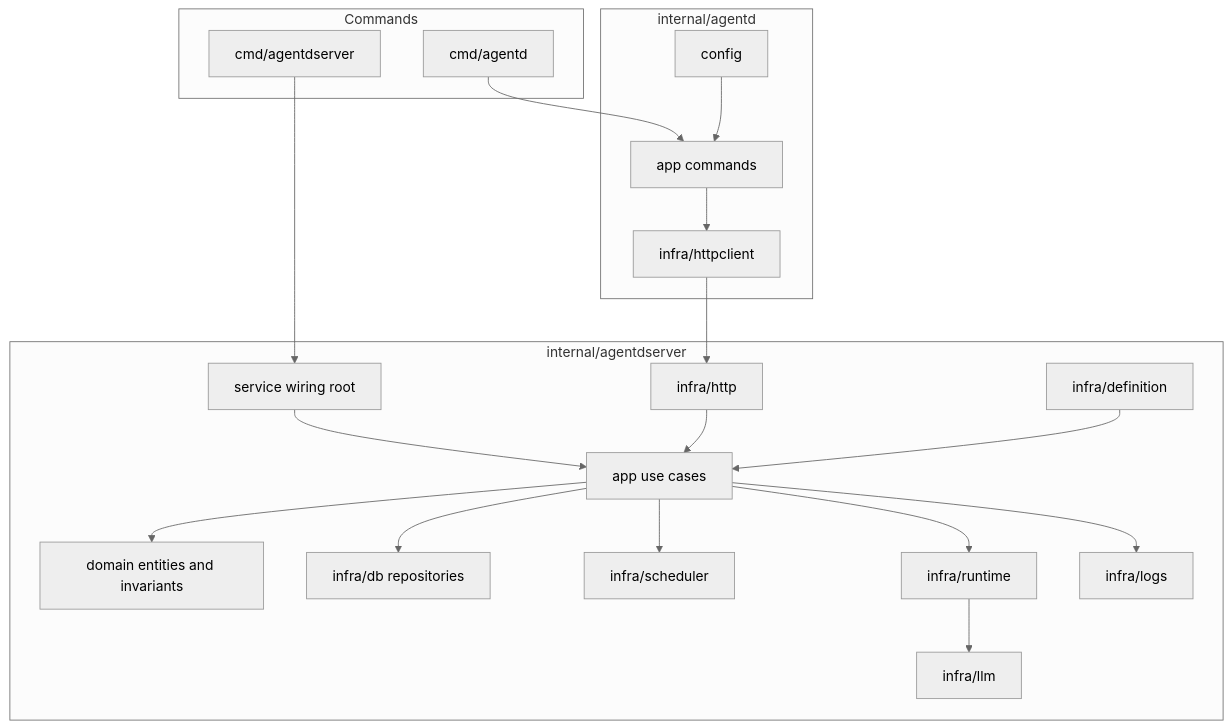
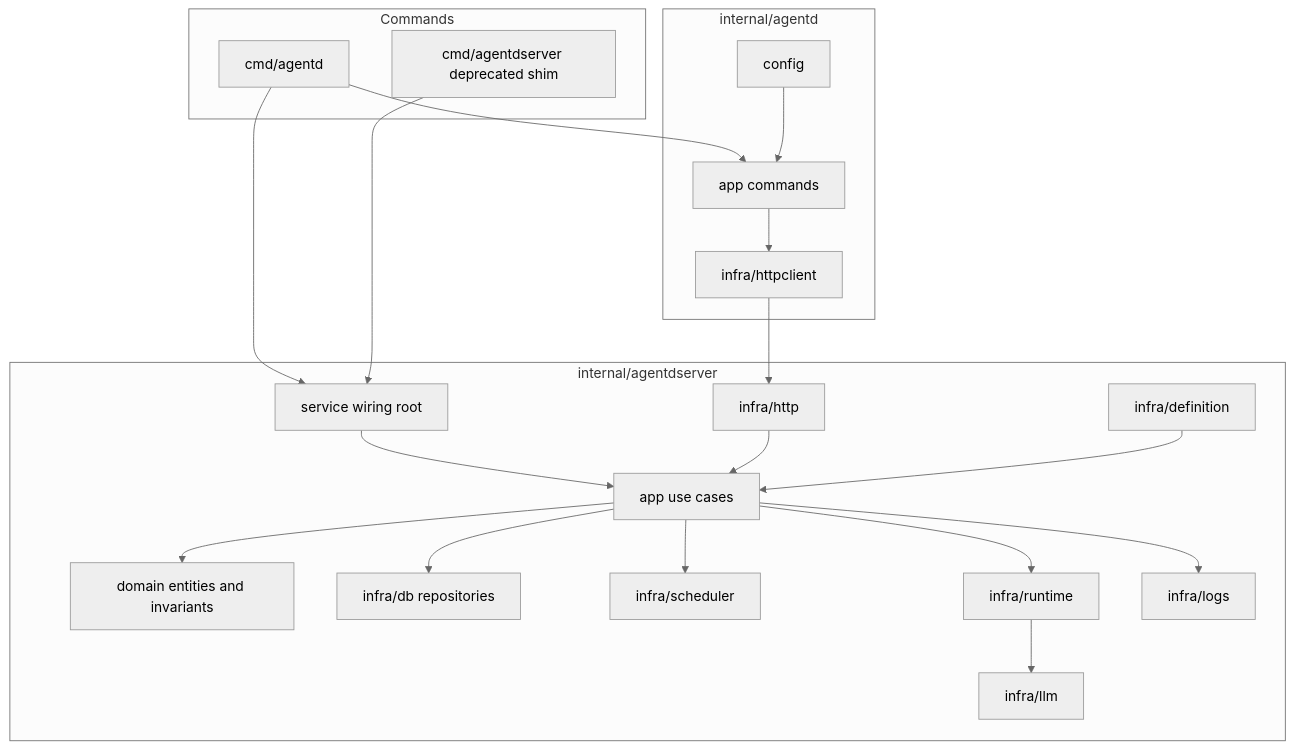
The second of 3 diagrams in README.md (vitalii-honchar/agentd), drawn with Mermaid (neutral theme) before and after one commit. The commit also changed other lines of this file and 133 other files, not shown here.

````diff
--- a/README.md
+++ b/README.md
@@ -166,42 +166,43 @@
 ```mermaid
 flowchart TB
     subgraph Commands
         agentdCmd[cmd/agentd]
-        serverCmd[cmd/agentdserver]
+        serverCmd[cmd/agentdserver deprecated shim]
     end
 
     subgraph CLI[internal/agentd]
         cliApp[app commands]
         httpClient[infra/httpclient]
         cliConfig[config]
     end
 
     subgraph Daemon[internal/agentdserver]
         service[service wiring root]
         domain[domain entities and invariants]
         usecases[app use cases]
         http[infra/http]
         definition[infra/definition]
         db[infra/db repositories]
         schedulerInfra[infra/scheduler]
         runtimeInfra[infra/runtime]
         logsInfra[infra/logs]
         llmInfra[infra/llm]
     end
 
     agentdCmd --> cliApp
     cliApp --> httpClient
     cliConfig --> cliApp
     httpClient --> http
 
+    agentdCmd --> service
     serverCmd --> service
     service --> usecases
     usecases --> domain
     usecases --> db
     usecases --> schedulerInfra
     usecases --> runtimeInfra
     usecases --> logsInfra
     http --> usecases
     definition --> usecases
     runtimeInfra --> llmInfra
 ```
````
